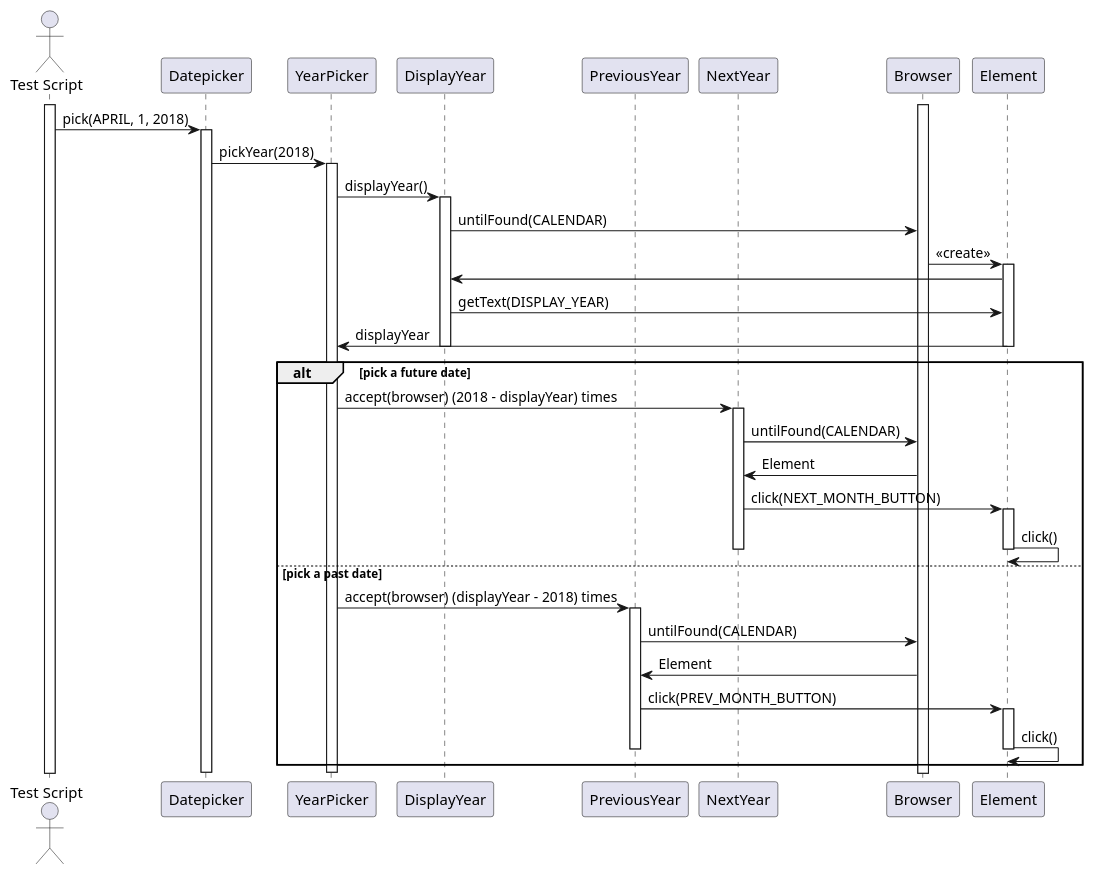
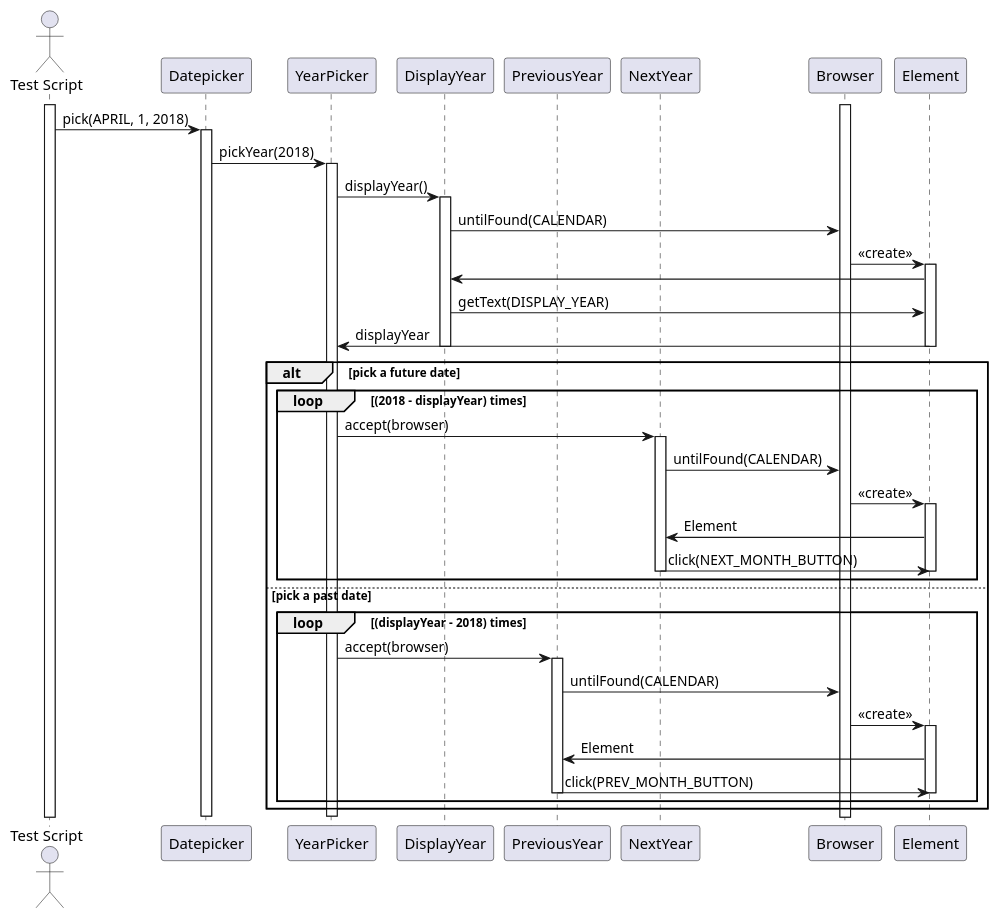
Before and after one commit to selenium-webdriver-book/source: the diagram in docs/yearpicker.puml, drawn with PlantUML. The commit also changed 2 other files, not shown here.

Commit message:
Added sequence diagrams.

```diff
--- a/docs/yearpicker.puml
+++ b/docs/yearpicker.puml
@@ -1,60 +1,64 @@
 @startuml
 
 actor "Test Script"
 participant Datepicker
 participant YearPicker
 participant DisplayYear
 participant PreviousYear
 participant NextYear
 participant Browser
 participant Element
 
 activate "Test Script"
 activate Browser
 "Test Script" -> Datepicker : pick(APRIL, 1, 2018)
 activate Datepicker
 Datepicker -> YearPicker : pickYear(2018)
 activate YearPicker
 YearPicker -> DisplayYear: displayYear()
 activate DisplayYear
 DisplayYear -> Browser: untilFound(CALENDAR)
 Browser -> Element: <<create>>
 activate Element
 Element -> DisplayYear:
 DisplayYear -> Element : getText(DISPLAY_YEAR)
 
 Element -> YearPicker: displayYear
 deactivate Element
 deactivate DisplayYear
 
 alt pick a future date
 
- YearPicker -> NextYear: accept(browser) (2018 - displayYear) times
-  activate NextYear
-  NextYear -> Browser : untilFound(CALENDAR)
-  Browser -> NextYear : Element
-  NextYear -> Element: click(NEXT_MONTH_BUTTON)
-  activate Element
-  Element -> Element: click()
-  deactivate Element
-  deactivate NextYear
+ loop (2018 - displayYear) times
+
+      YearPicker -> NextYear: accept(browser)
+      activate NextYear
+      NextYear -> Browser : untilFound(CALENDAR)
+      Browser -> Element: <<create>>
+      activate Element
+      Element -> NextYear : Element
+      NextYear -> Element: click(NEXT_MONTH_BUTTON)
+      deactivate Element
+      deactivate NextYear
+ end
 
 else pick a past date
 
- YearPicker -> PreviousYear: accept(browser) (displayYear - 2018) times
- activate PreviousYear
- PreviousYear -> Browser : untilFound(CALENDAR)
- Browser -> PreviousYear : Element
- PreviousYear -> Element: click(PREV_MONTH_BUTTON)
- activate Element
- Element -> Element: click()
- deactivate Element
- deactivate PreviousYear
-
+ loop (displayYear - 2018) times
+     YearPicker -> PreviousYear: accept(browser)
+     activate PreviousYear
+     PreviousYear -> Browser : untilFound(CALENDAR)
+     Browser -> Element: <<create>>
+     activate Element
+     Element -> PreviousYear : Element
+     PreviousYear -> Element: click(PREV_MONTH_BUTTON)
+     deactivate Element
+     deactivate PreviousYear
+ end
 end
 
 deactivate YearPicker
 deactivate Datepicker
 
 
 @enduml
```
